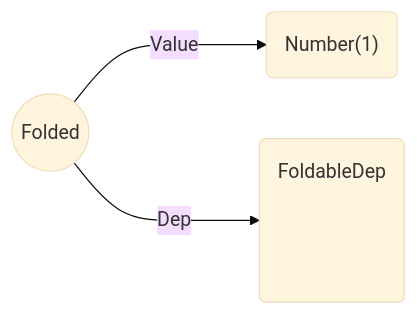
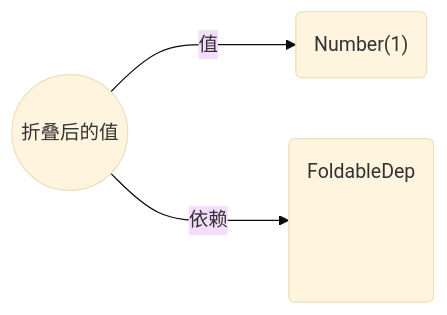
One commit to kermanx/jsshaker-ustc changed the sixth of 8 diagrams in slides.md. Above: the diagram before and after it, drawn with Mermaid (base theme). The commit also changed other lines of this file and 1 other file, not shown here.

````diff
--- a/slides.md
+++ b/slides.md
@@ -1153,5 +1166,5 @@
 ```mermaid {scale:1}
 graph LR;
-A((Folded)) --->|Value| B("Number(1)")
-A --->|Dep| C(FoldableDep<div style="height: 80px" />)
+A((折叠后的值)) --->|值| B("Number(1)")
+A --->|依赖| C(FoldableDep<div style="height: 80px" />)
 ```
````
